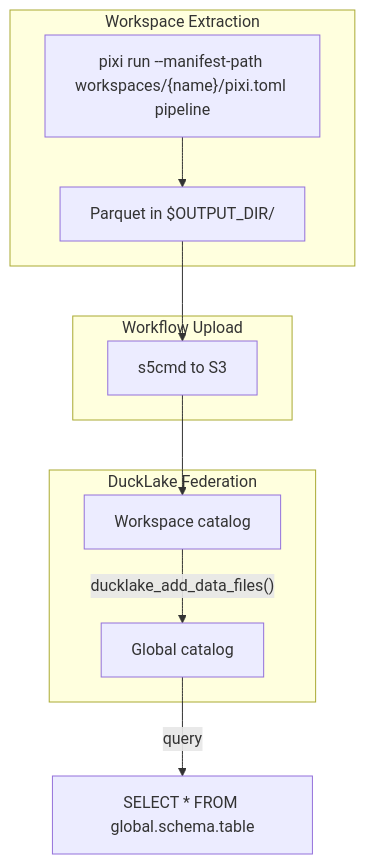
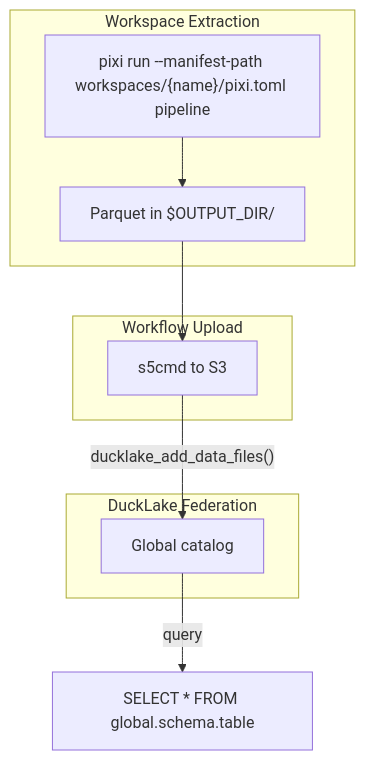
One commit to walkthru-earth/ai-data-registry changed the third of 3 diagrams in README.md. Above: the diagram before and after it, drawn with Mermaid. The commit also changed 8 other files, not shown here.

First line of the commit message:
docs: update all references to reflect single global catalog architecture

````diff
--- a/README.md
+++ b/README.md
@@ -170,22 +170,20 @@
 ```mermaid
 flowchart TD
     subgraph Workspace[Workspace Extraction]
         EX["pixi run --manifest-path workspaces/{name}/pixi.toml pipeline"]
         OUT[Parquet in $OUTPUT_DIR/]
         EX --> OUT
     end
 
     subgraph Upload[Workflow Upload]
         S5[s5cmd to S3]
         OUT --> S5
     end
 
     subgraph Catalog[DuckLake Federation]
-        WC[Workspace catalog]
         GC[Global catalog]
-        S5 --> WC
-        WC -->|"ducklake_add_data_files()"| GC
+        S5 -->|"ducklake_add_data_files()"| GC
     end
 
     GC -->|query| Q["SELECT * FROM global.schema.table"]
 ```
````
